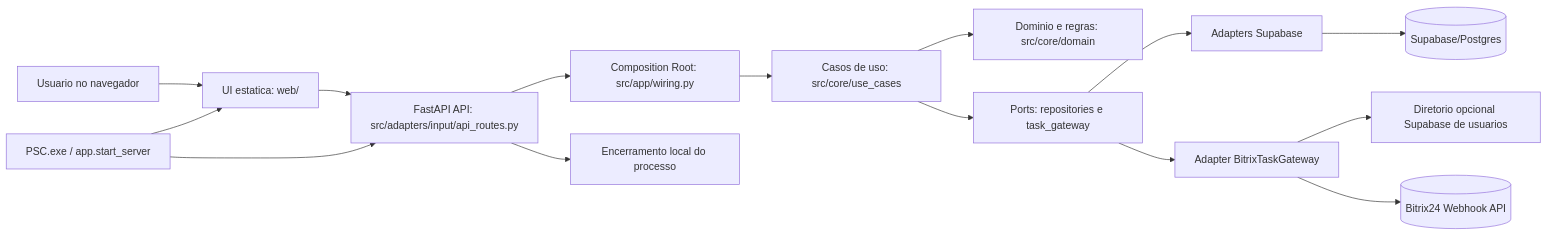
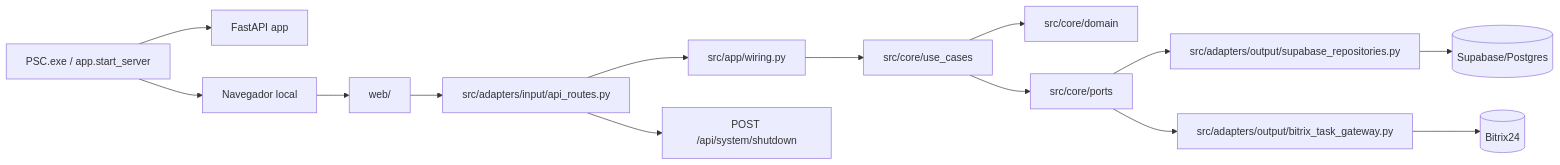
The second of 6 diagrams in docs/ai-context/SERVICE-DIAGRAM.md (jpao08/PSC), drawn with Mermaid before and after one commit. The commit also changed other lines of this file and 40 other files, not shown here.

````diff
--- a/docs/ai-context/SERVICE-DIAGRAM.md
+++ b/docs/ai-context/SERVICE-DIAGRAM.md
@@ -8,17 +40,16 @@
 ```mermaid
 flowchart LR
-  Usuario[Usuario no navegador] --> UI[UI estatica: web/]
-  UI --> API[FastAPI API: src/adapters/input/api_routes.py]
-  API --> Container[Composition Root: src/app/wiring.py]
-  Container --> UseCases[Casos de uso: src/core/use_cases]
-  UseCases --> Domain[Dominio e regras: src/core/domain]
-  UseCases --> Ports[Ports: repositories e task_gateway]
-  Ports --> SupaRepo[Adapters Supabase]
-  Ports --> BitrixGateway[Adapter BitrixTaskGateway]
+  Launcher[PSC.exe / app.start_server] --> FastAPI[FastAPI app]
+  Launcher --> Browser[Navegador local]
+  Browser --> UI[web/]
+  UI --> API[src/adapters/input/api_routes.py]
+  API --> Wiring[src/app/wiring.py]
+  Wiring --> UseCases[src/core/use_cases]
+  UseCases --> Domain[src/core/domain]
+  UseCases --> Ports[src/core/ports]
+  Ports --> SupaRepo[src/adapters/output/supabase_repositories.py]
+  Ports --> TaskGateway[src/adapters/output/bitrix_task_gateway.py]
   SupaRepo --> Supabase[(Supabase/Postgres)]
-  BitrixGateway --> UserDirectory[Diretorio opcional Supabase de usuarios]
-  BitrixGateway --> Bitrix[(Bitrix24 Webhook API)]
-  API --> Shutdown[Encerramento local do processo]
-  Launcher[PSC.exe / app.start_server] --> API
-  Launcher --> UI
+  TaskGateway --> Bitrix[(Bitrix24)]
+  API --> Shutdown[POST /api/system/shutdown]
 ```
````
